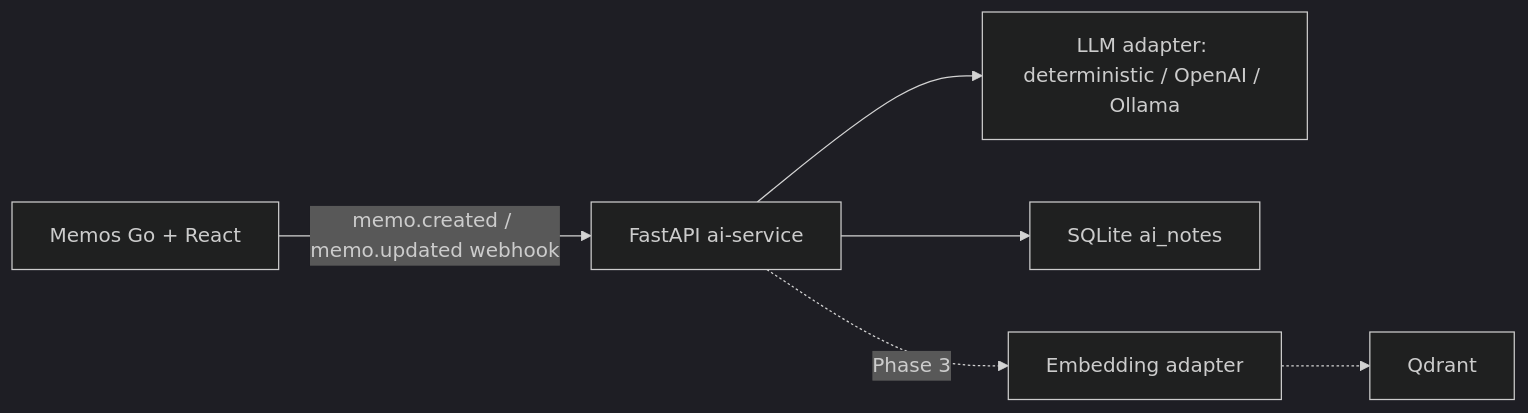
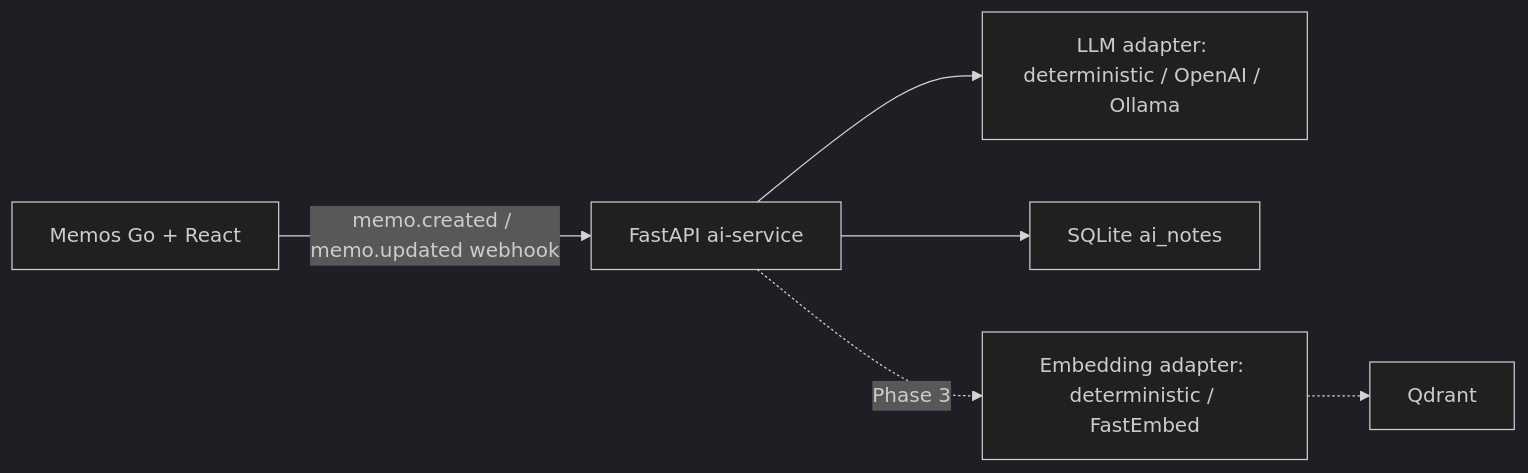
The diagram in docs/architecture.md (ToYOhin/devmemo-ai), drawn with Mermaid (dark theme) before and after one commit. The commit also changed other lines of this file and 60 other files, not shown here.

````diff
--- a/docs/architecture.md
+++ b/docs/architecture.md
@@ -5,8 +5,8 @@
 ```mermaid
 flowchart LR
     M["Memos Go + React"] -->|"memo.created / memo.updated webhook"| A["FastAPI ai-service"]
     A --> L["LLM adapter: deterministic / OpenAI / Ollama"]
     A --> D["SQLite ai_notes"]
-    A -. Phase 3 .-> E["Embedding adapter"]
+    A -. Phase 3 .-> E["Embedding adapter: deterministic / FastEmbed"]
     E -.-> Q["Qdrant"]
 ```
````
